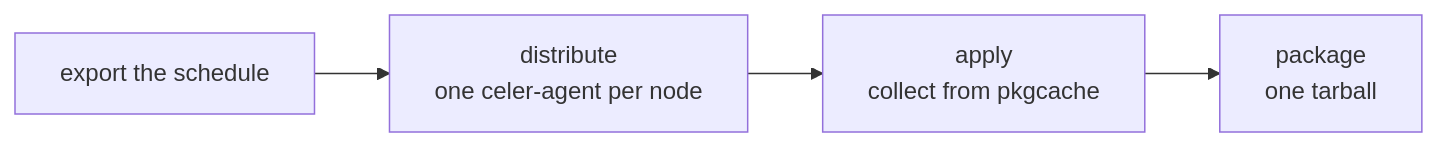
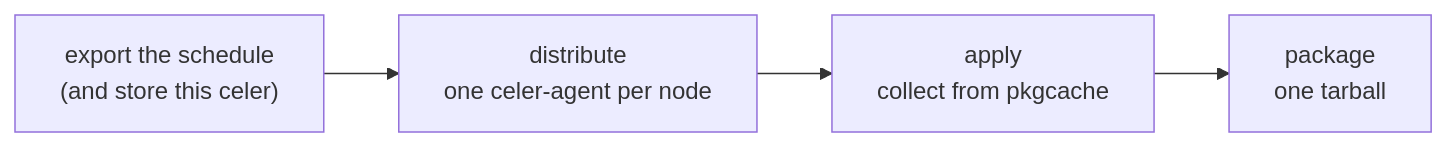
One commit to celer-pkg/celer changed the diagram in deploy/jenkins/README.md. Above: the diagram before and after it, drawn with Mermaid. The commit also changed other lines of this file and 21 other files, not shown here.

Commit message:
store and restore celer binary in pkgcache to sync master and agent (#515)

````diff
--- a/deploy/jenkins/README.md
+++ b/deploy/jenkins/README.md
@@ -29,6 +30,6 @@
 ```mermaid
 flowchart LR
-    E["export the schedule"] --> D["distribute<br/>one celer-agent per node"]
+    E["export the schedule<br/>(and store this celer)"] --> D["distribute<br/>one celer-agent per node"]
     D --> A["apply<br/>collect from pkgcache"]
     A --> P["package<br/>one tarball"]
 ```
````
